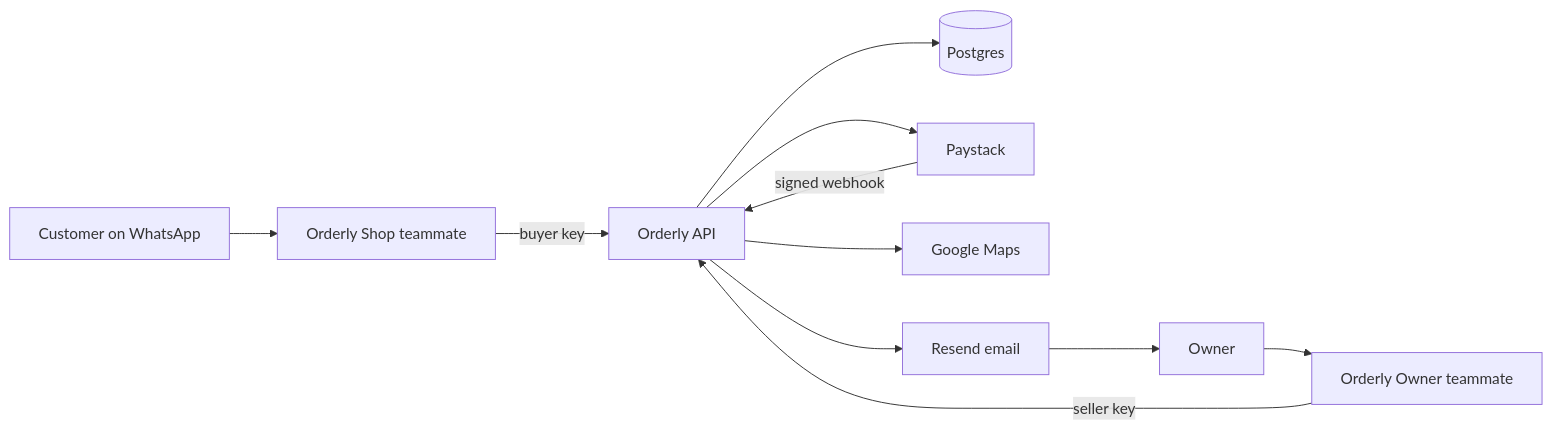
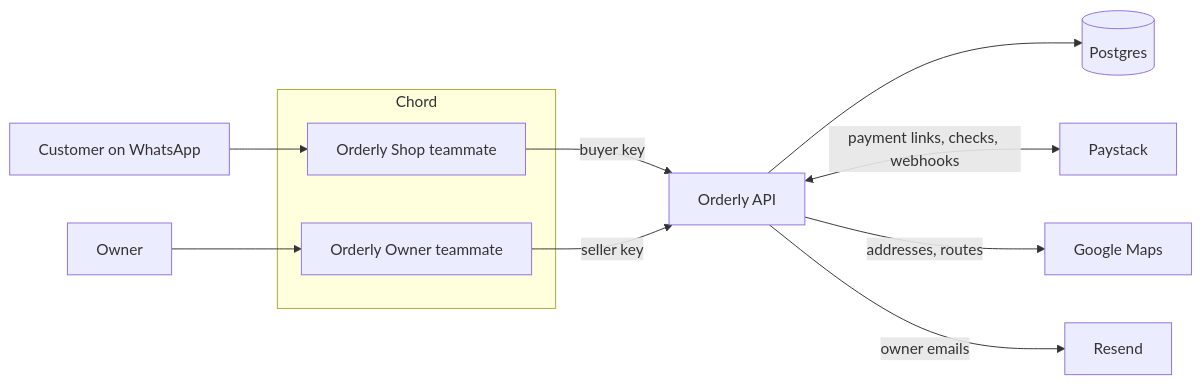
The diagram in README.md (samowolabi/orderly), drawn with Mermaid before and after one commit.

Commit message:
README: simpler diagram

````diff
--- a/README.md
+++ b/README.md
@@ -33,13 +33,15 @@
 ```mermaid
 flowchart LR
-  C[Customer on WhatsApp] --> S[Orderly Shop teammate]
-  O[Owner] --> W[Orderly Owner teammate]
-  S -- buyer key --> API[Orderly API]
-  W -- seller key --> API
+  C[Customer on WhatsApp] --> S
+  O[Owner] --> W
+  subgraph Chord
+    S[Orderly Shop teammate]
+    W[Orderly Owner teammate]
+  end
+  S -->|buyer key| API[Orderly API]
+  W -->|seller key| API
   API --> DB[(Postgres)]
-  API --> P[Paystack]
-  P -- signed webhook --> API
-  API --> G[Google Maps]
-  API --> R[Resend email]
-  R --> O
+  API <-->|payment links, checks, webhooks| P[Paystack]
+  API -->|addresses, routes| G[Google Maps]
+  API -->|owner emails| R[Resend]
 ```
````
